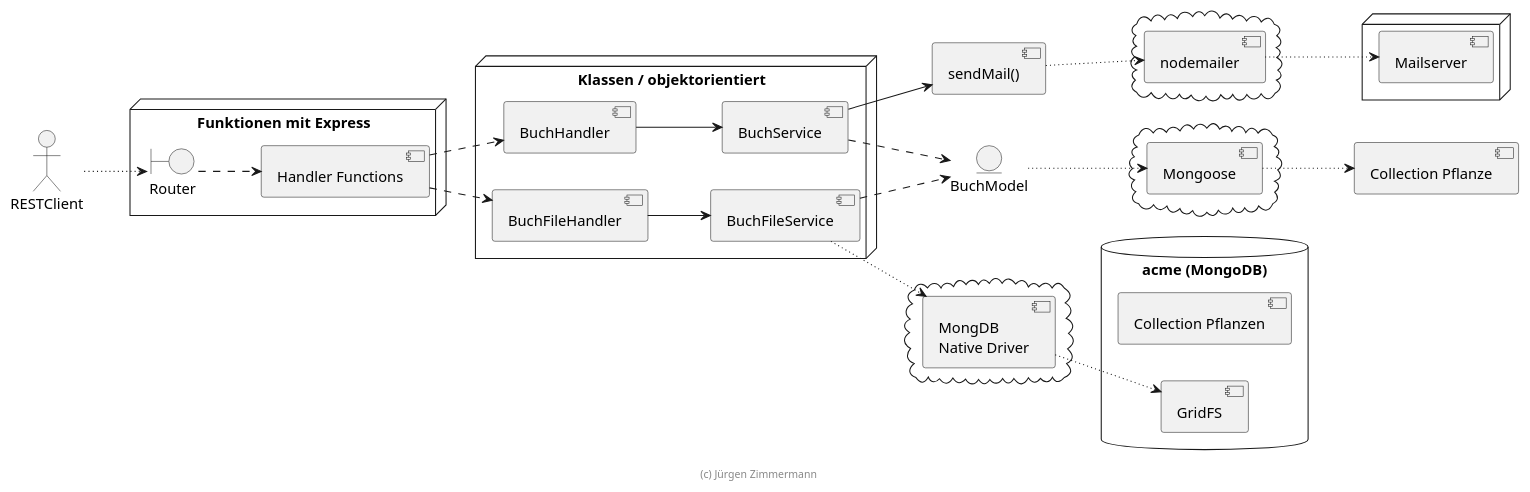
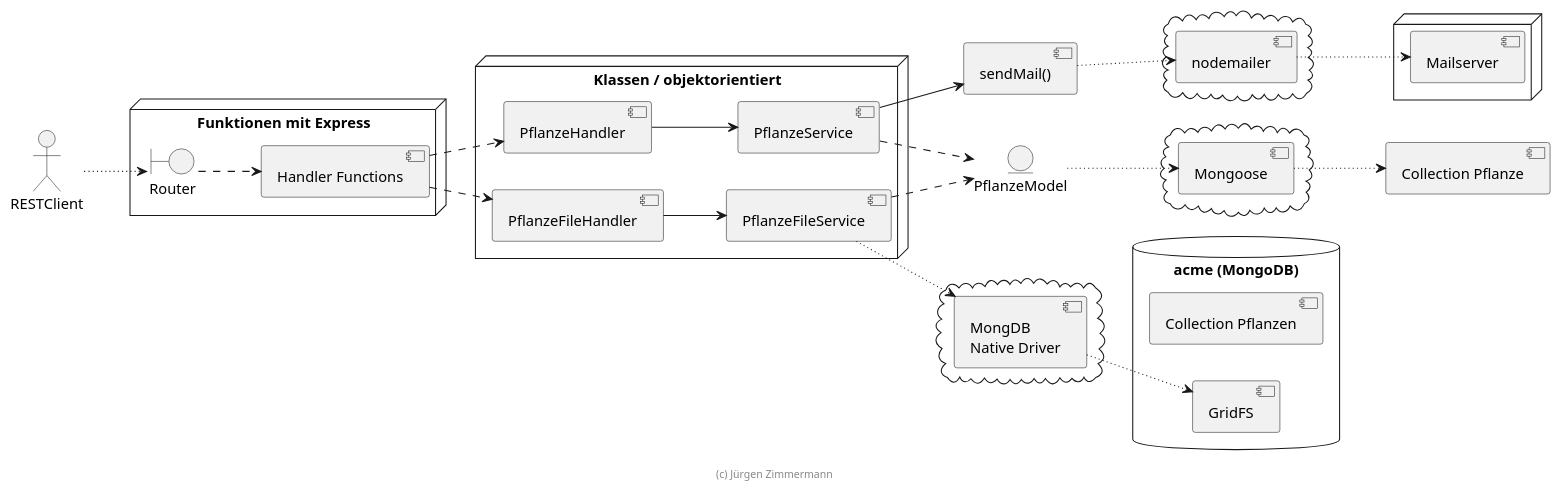
One commit to Lasse0708/plantproject changed the diagram in doc/entwicklerhandbuch/komponenten.puml. Above: the diagram before and after it, drawn with PlantUML. The commit also changed 11 other files, not shown here.

```diff
--- a/doc/entwicklerhandbuch/komponenten.puml
+++ b/doc/entwicklerhandbuch/komponenten.puml
@@ -15,69 +15,69 @@
 @startuml Komponenten
 
 skinparam componentStyle uml2
 
 left to right direction
 
 actor RESTClient
 
 node "Funktionen mit Express" {
   boundary Router
   [Handler Functions]
 }
 
 node "Klassen / objektorientiert" {
-  [BuchHandler]
-  [BuchFileHandler]
+  [PflanzeHandler]
+  [PflanzeFileHandler]
 
-  [BuchService]
-  [BuchFileService]
+  [PflanzeService]
+  [PflanzeFileService]
 }
 
 [sendMail()] as sendMail
 
-entity BuchModel
+entity PflanzeModel
 
 cloud {
     [Mongoose]
 }
 
 cloud {
     [MongDB\nNative Driver]
 }
 
 cloud {
     [nodemailer]
 }
 
 database "acme (MongoDB)" {
     [Collection Pflanzen]
     [GridFS]
 }
 
 node {
     [Mailserver]
 }
 
 
 RESTClient ~~> [Router]
 [Router] ..> [Handler Functions]
-[Handler Functions] ..> [BuchHandler]
-[Handler Functions] ..> [BuchFileHandler]
+[Handler Functions] ..> [PflanzeHandler]
+[Handler Functions] ..> [PflanzeFileHandler]
 
-[BuchHandler] --> [BuchService]
-[BuchFileHandler] --> [BuchFileService]
-[BuchService] ..> [BuchModel]
-[BuchFileService] ..> [BuchModel]
+[PflanzeHandler] --> [PflanzeService]
+[PflanzeFileHandler] --> [PflanzeFileService]
+[PflanzeService] ..> [PflanzeModel]
+[PflanzeFileService] ..> [PflanzeModel]
 
-[BuchModel] ~~> [Mongoose]
-[BuchFileService] ~~> [MongDB\nNative Driver]
+[PflanzeModel] ~~> [Mongoose]
+[PflanzeFileService] ~~> [MongDB\nNative Driver]
 [sendMail] ~~> [nodemailer]
 [Mongoose] ~~> [Collection Pflanze]
 [MongDB\nNative Driver] ~~> [GridFS]
 
-[BuchService] --> [sendMail]
+[PflanzeService] --> [sendMail]
 [nodemailer] ~~> [Mailserver]
 
 footer (c) Jürgen Zimmermann
 
 @enduml
```
